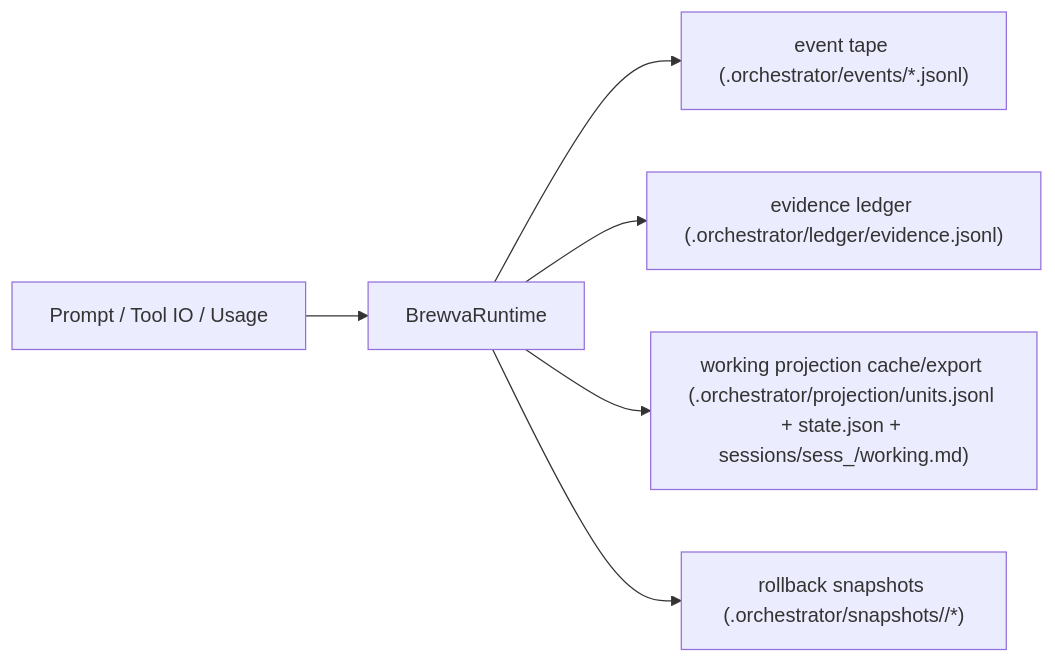
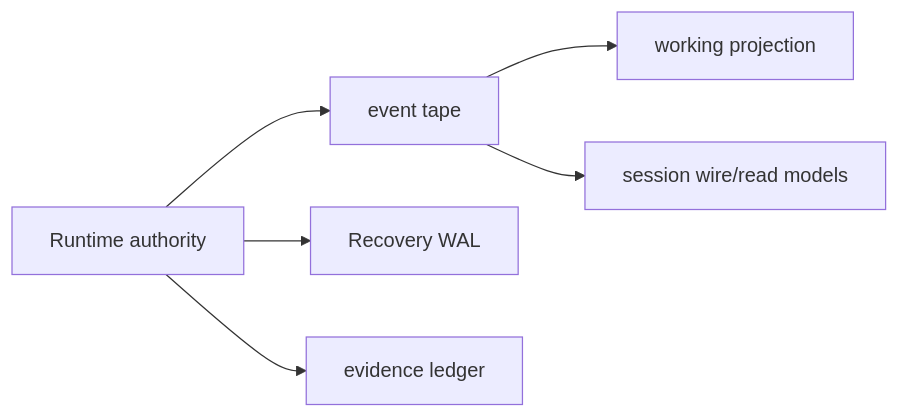
The second of 5 diagrams in docs/architecture/control-and-data-flow.md (arcthur/brewva), drawn with Mermaid before and after one commit. The commit also changed other lines of this file and 173 other files, not shown here.

First line of the commit message:
docs: restructure documentation architecture

````diff
--- a/docs/architecture/control-and-data-flow.md
+++ b/docs/architecture/control-and-data-flow.md
@@ -80,8 +32,8 @@
 ```mermaid
 flowchart LR
-  IN["Prompt / Tool IO / Usage"] --> RT["BrewvaRuntime"]
-  RT --> EV["event tape (.orchestrator/events/*.jsonl)"]
-  RT --> LD["evidence ledger (.orchestrator/ledger/evidence.jsonl)"]
-  RT --> MEM["working projection cache/export (.orchestrator/projection/units.jsonl + state.json + sessions/sess_<id>/working.md)"]
-  RT --> SNAP["rollback snapshots (.orchestrator/snapshots/<session>/*)"]
+  RT["Runtime authority"] --> EV["event tape"]
+  RT --> WAL["Recovery WAL"]
+  RT --> LEDGER["evidence ledger"]
+  EV --> PROJ["working projection"]
+  EV --> WIRE["session wire/read models"]
 ```
````
